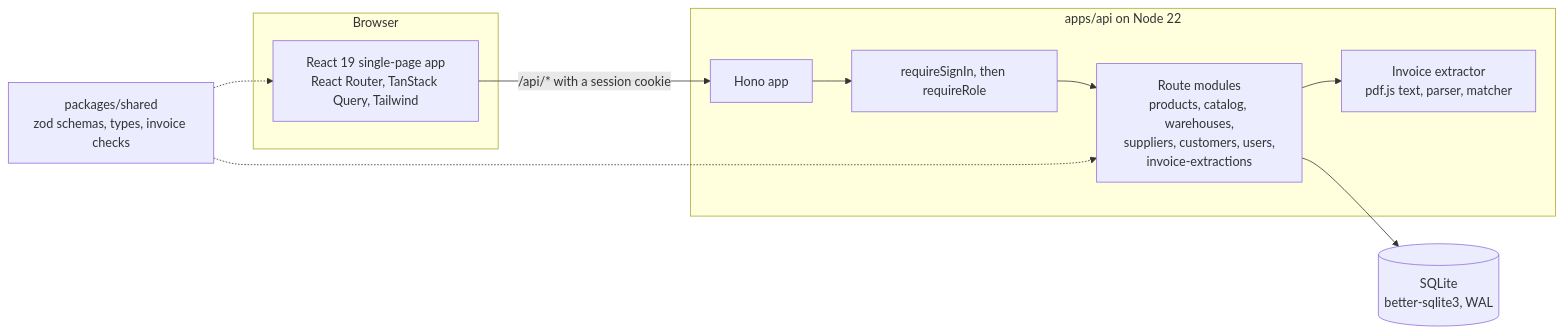
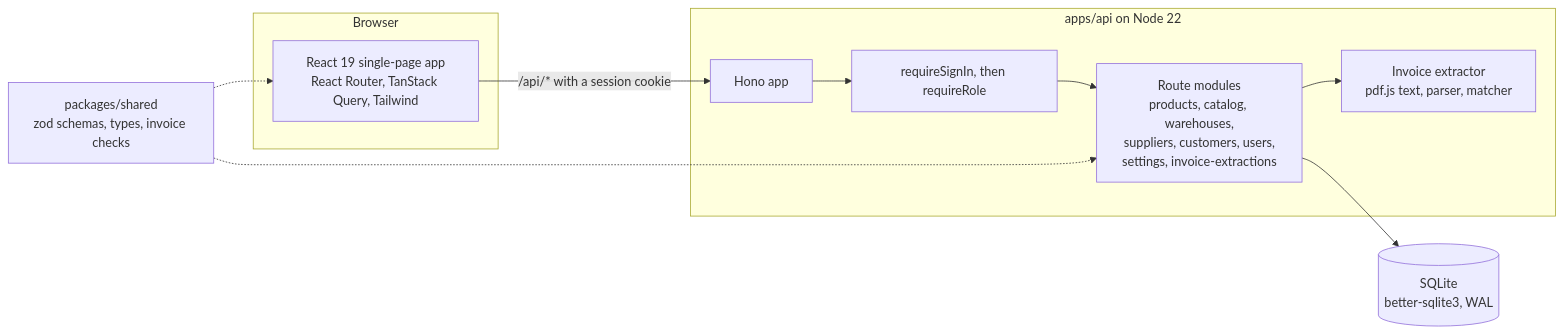
One commit to singgihsaputro/erp changed the first of 5 diagrams in README.md. Above: the diagram before and after it, drawn with Mermaid. The commit also changed other lines of this file and 13 other files, not shown here.

````diff
--- a/README.md
+++ b/README.md
@@ -98,19 +99,19 @@
 ```mermaid
 flowchart LR
     subgraph browser["Browser"]
         ui["React 19 single-page app<br/>React Router, TanStack Query, Tailwind"]
     end
     subgraph api["apps/api on Node 22"]
         hono["Hono app"]
         guard["requireSignIn, then requireRole"]
-        routes["Route modules<br/>products, catalog, warehouses,<br/>suppliers, customers, users,<br/>invoice-extractions"]
+        routes["Route modules<br/>products, catalog, warehouses,<br/>suppliers, customers, users,<br/>settings, invoice-extractions"]
         extract["Invoice extractor<br/>pdf.js text, parser, matcher"]
     end
     db[("SQLite<br/>better-sqlite3, WAL")]
     shared["packages/shared<br/>zod schemas, types, invoice checks"]
     ui -- "/api/* with a session cookie" --> hono
     hono --> guard --> routes --> db
     routes --> extract
     shared -.-> ui
     shared -.-> routes
 ```
````
